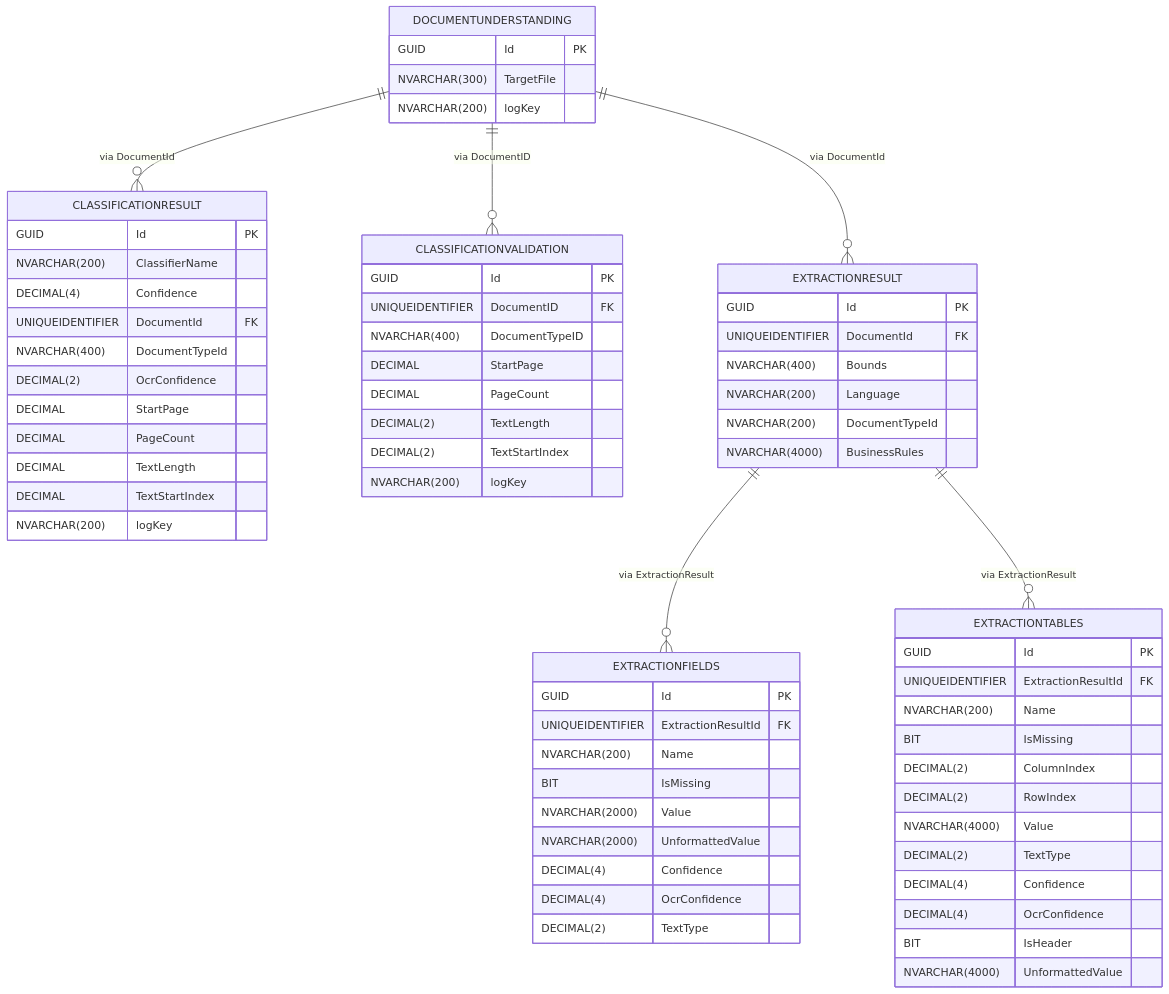
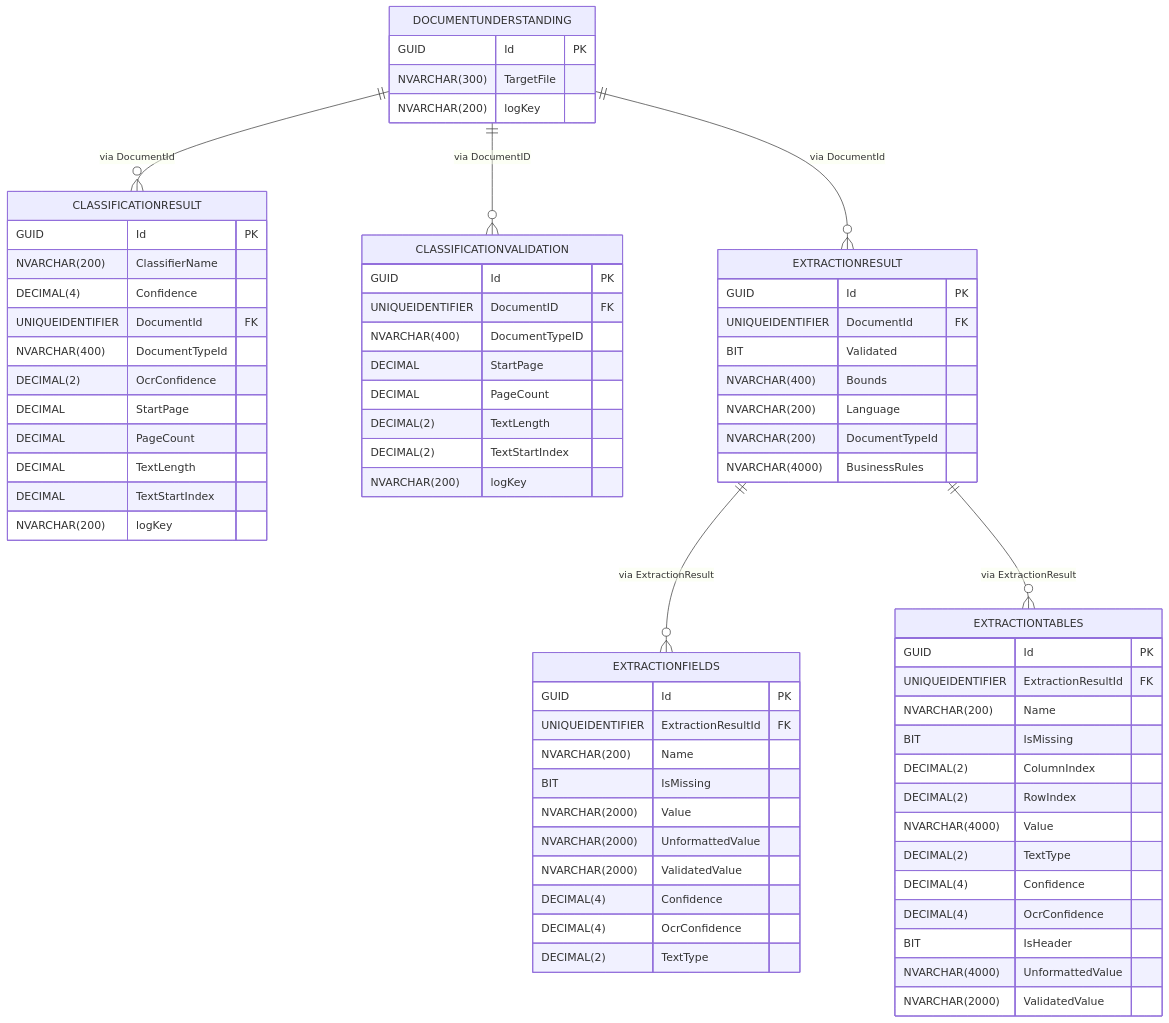
One commit to Samuca47prog/DocumentUnderstandingProcess_Enhenced changed the diagram in readme.md. Above: the diagram before and after it, drawn with Mermaid. The commit also changed 14 other files, not shown here.

````diff
--- a/readme.md
+++ b/readme.md
@@ -33,77 +33,80 @@
 ```mermaid
 erDiagram
 DOCUMENTUNDERSTANDING {
   GUID Id PK
   NVARCHAR(300) TargetFile
   NVARCHAR(200) logKey
 }
 
 CLASSIFICATIONRESULT {
   GUID Id PK
   NVARCHAR(200) ClassifierName
   DECIMAL(4) Confidence
   UNIQUEIDENTIFIER DocumentId FK
   NVARCHAR(400) DocumentTypeId
   DECIMAL(2) OcrConfidence
   DECIMAL StartPage
   DECIMAL PageCount
   DECIMAL TextLength
   DECIMAL TextStartIndex
   NVARCHAR(200) logKey
 }
 
 CLASSIFICATIONVALIDATION {
   GUID Id PK
   UNIQUEIDENTIFIER DocumentID FK
   NVARCHAR(400) DocumentTypeID
   DECIMAL StartPage
   DECIMAL PageCount
   DECIMAL(2) TextLength
   DECIMAL(2) TextStartIndex
   NVARCHAR(200) logKey
 }
 
 EXTRACTIONRESULT {
   GUID Id PK
   UNIQUEIDENTIFIER DocumentId FK
+  BIT Validated
   NVARCHAR(400) Bounds
   NVARCHAR(200) Language
   NVARCHAR(200) DocumentTypeId
   NVARCHAR(4000) BusinessRules
 }
 
 EXTRACTIONFIELDS {
   GUID Id PK
   UNIQUEIDENTIFIER ExtractionResultId FK
   NVARCHAR(200) Name
   BIT IsMissing
   NVARCHAR(2000) Value
   NVARCHAR(2000) UnformattedValue
+  NVARCHAR(2000) ValidatedValue
   DECIMAL(4) Confidence
   DECIMAL(4) OcrConfidence
   DECIMAL(2) TextType
 }
 
 EXTRACTIONTABLES {
   GUID Id PK
   UNIQUEIDENTIFIER ExtractionResultId FK
   NVARCHAR(200) Name
   BIT IsMissing
   DECIMAL(2) ColumnIndex
   DECIMAL(2) RowIndex
   NVARCHAR(4000) Value
   DECIMAL(2) TextType
   DECIMAL(4) Confidence
   DECIMAL(4) OcrConfidence
   BIT IsHeader
   NVARCHAR(4000) UnformattedValue
+  NVARCHAR(2000) ValidatedValue
 }
 
 %% Relationships (cardinality from parent to children)
 DOCUMENTUNDERSTANDING ||--o{ CLASSIFICATIONRESULT    : "via DocumentId"
 DOCUMENTUNDERSTANDING ||--o{ CLASSIFICATIONVALIDATION: "via DocumentID"
 DOCUMENTUNDERSTANDING ||--o{ EXTRACTIONRESULT        : "via DocumentId"
 
 EXTRACTIONRESULT ||--o{ EXTRACTIONFIELDS : "via ExtractionResult"
 EXTRACTIONRESULT ||--o{ EXTRACTIONTABLES : "via ExtractionResult"
 ```
````
